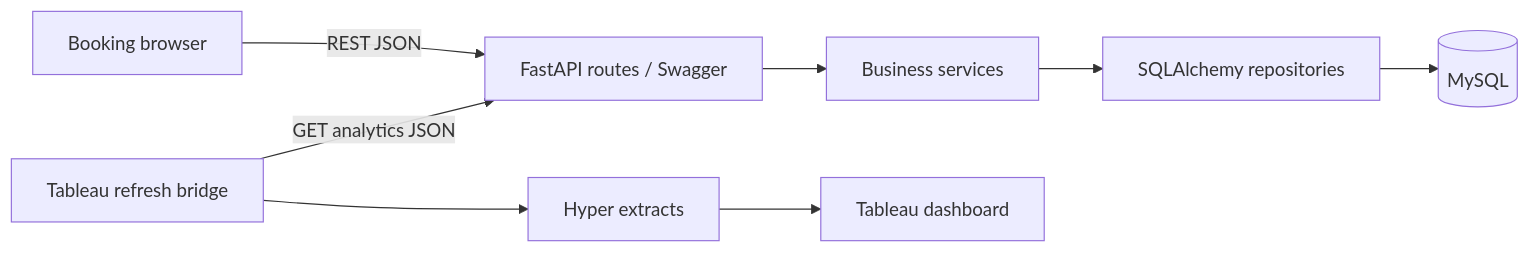
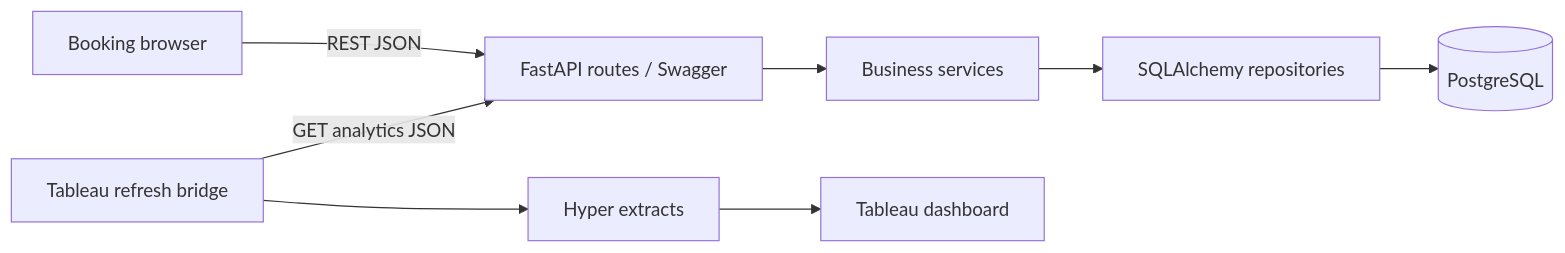
The diagram in README.md (StormDyva/Hotel-Kong-Arthur), drawn with Mermaid before and after one commit. The commit also changed other lines of this file and 5 other files, not shown here.

````diff
--- a/README.md
+++ b/README.md
@@ -29,10 +47,10 @@
 ```mermaid
 flowchart LR
     Browser[Booking browser] -->|REST JSON| API[FastAPI routes / Swagger]
     API --> Service[Business services]
     Service --> Repository[SQLAlchemy repositories]
-    Repository --> DB[(MySQL)]
+    Repository --> DB[(PostgreSQL)]
     Bridge[Tableau refresh bridge] -->|GET analytics JSON| API
     Bridge --> Extract[Hyper extracts]
     Extract --> Tableau[Tableau dashboard]
 ```
````
